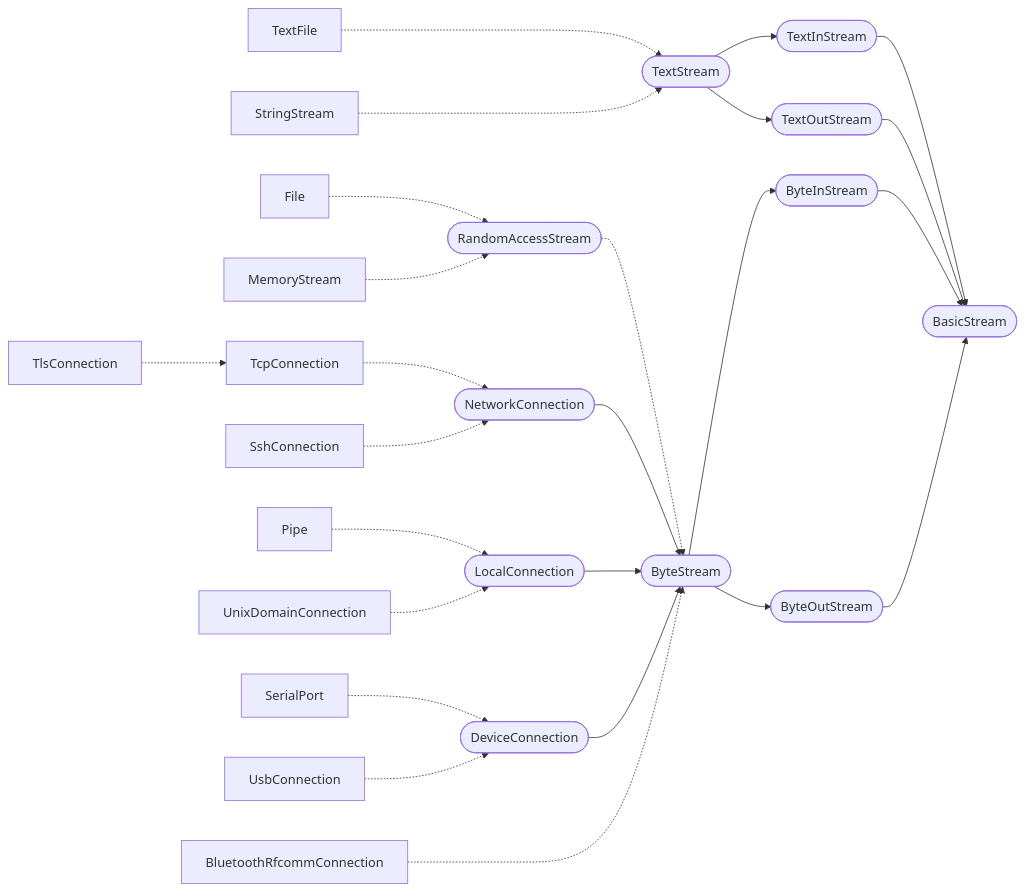
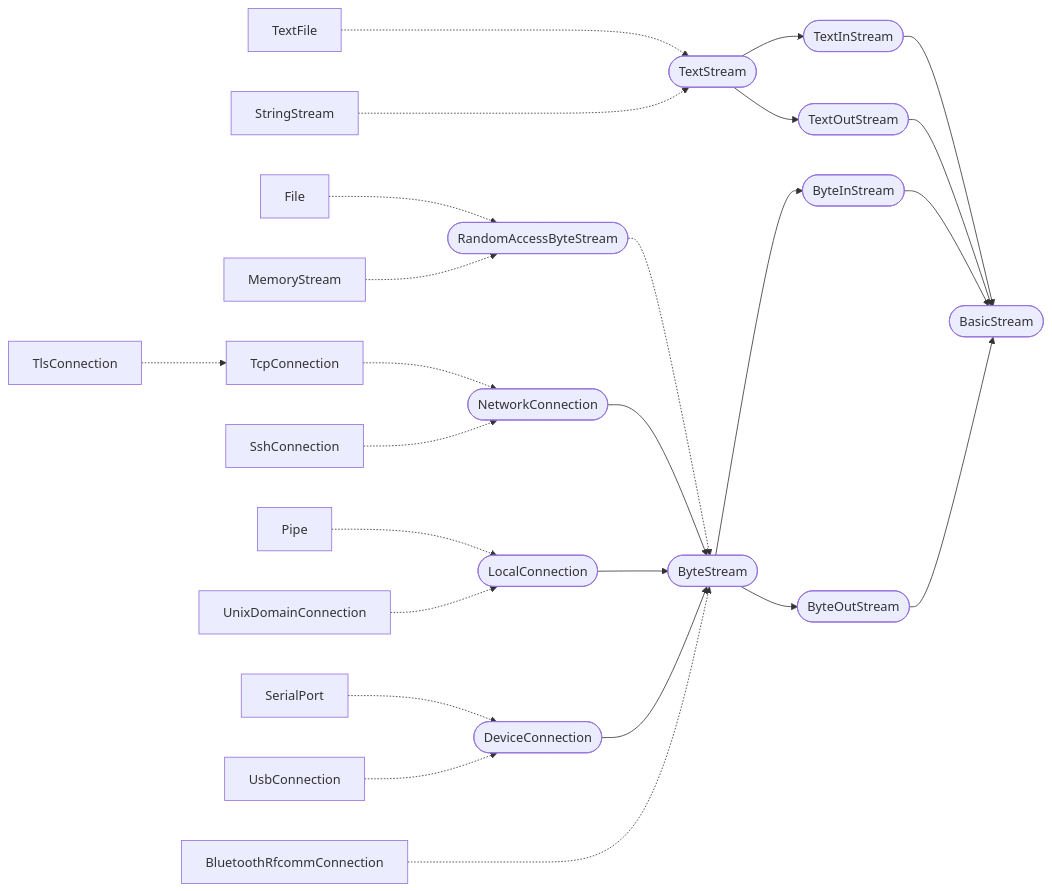
Before and after one commit to laro/Cilia: the diagram in 2 Standard Lib/6 Stream, File & CLI.md, drawn with Mermaid. The commit also changed other lines of this file, not shown here.

Commit message:
Update 6 Stream, File & CLI.md

````diff
--- a/2 Standard Lib/6 Stream, File & CLI.md
+++ b/2 Standard Lib/6 Stream, File & CLI.md
@@ -297,65 +297,65 @@
 ```mermaid
 flowchart LR
     BasicStream([BasicStream])
-
-    RandomAccessStream([RandomAccessStream])
 
     TextStream([TextStream])
     TextInStream([TextInStream])
     TextOutStream([TextOutStream])
 
     TextFile[TextFile]
     StringStream[StringStream]
 
     ByteStream([ByteStream])
     ByteInStream([ByteInStream])
     ByteOutStream([ByteOutStream])
     
+    RandomAccessByteStream([RandomAccessByteStream])
     File[File]
     MemoryStream[MemoryStream]
+
     NetworkConnection([NetworkConnection])
     TcpConnection[TcpConnection]
     TlsConnection[TlsConnection]
     SshConnection[SshConnection]
     LocalConnection([LocalConnection])
     Pipe[Pipe]
     UnixDomainConnection[UnixDomainConnection]
     DeviceConnection([DeviceConnection])
     SerialPort[SerialPort]
     UsbConnection[UsbConnection]
     BluetoothRfcommConnection[BluetoothRfcommConnection]
     
     TextFile -..-> TextStream
     StringStream -..-> TextStream
 
     TextStream --> TextInStream
     TextStream --> TextOutStream
 
     TextInStream --> BasicStream
     TextOutStream --> BasicStream
 
-    File -.-> RandomAccessStream
-    MemoryStream -.-> RandomAccessStream
-    RandomAccessStream -.-> ByteStream
+    File -.-> RandomAccessByteStream
+    MemoryStream -.-> RandomAccessByteStream
+    RandomAccessByteStream -.-> ByteStream
 
     NetworkConnection --> ByteStream
     LocalConnection --> ByteStream
     DeviceConnection --> ByteStream
     BluetoothRfcommConnection -..-> ByteStream
     
     TcpConnection -.-> NetworkConnection
     TlsConnection -.-> TcpConnection
     SshConnection -.-> NetworkConnection
     
     Pipe -.-> LocalConnection
     UnixDomainConnection -.-> LocalConnection
     
     SerialPort -.-> DeviceConnection
     UsbConnection -.-> DeviceConnection
     
     ByteStream --> ByteInStream
     ByteStream --> ByteOutStream
 
     ByteInStream --> BasicStream
     ByteOutStream --> BasicStream
 ```
````
